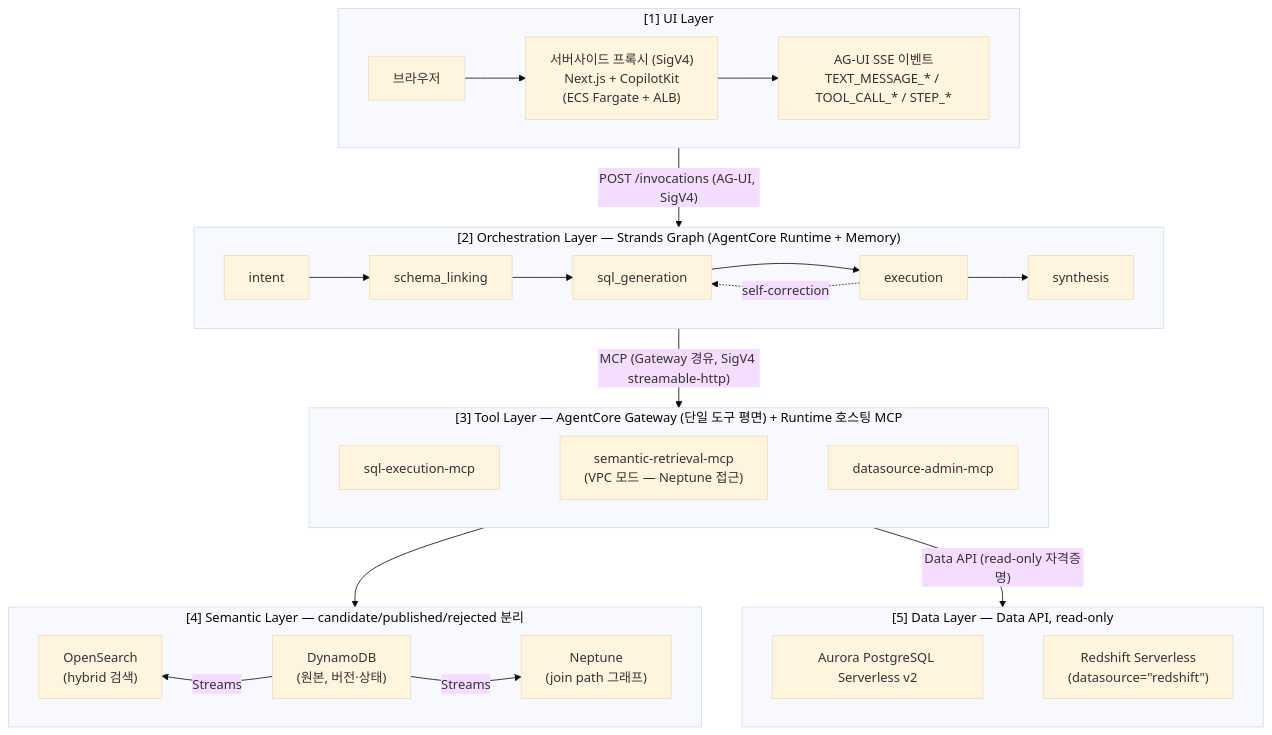
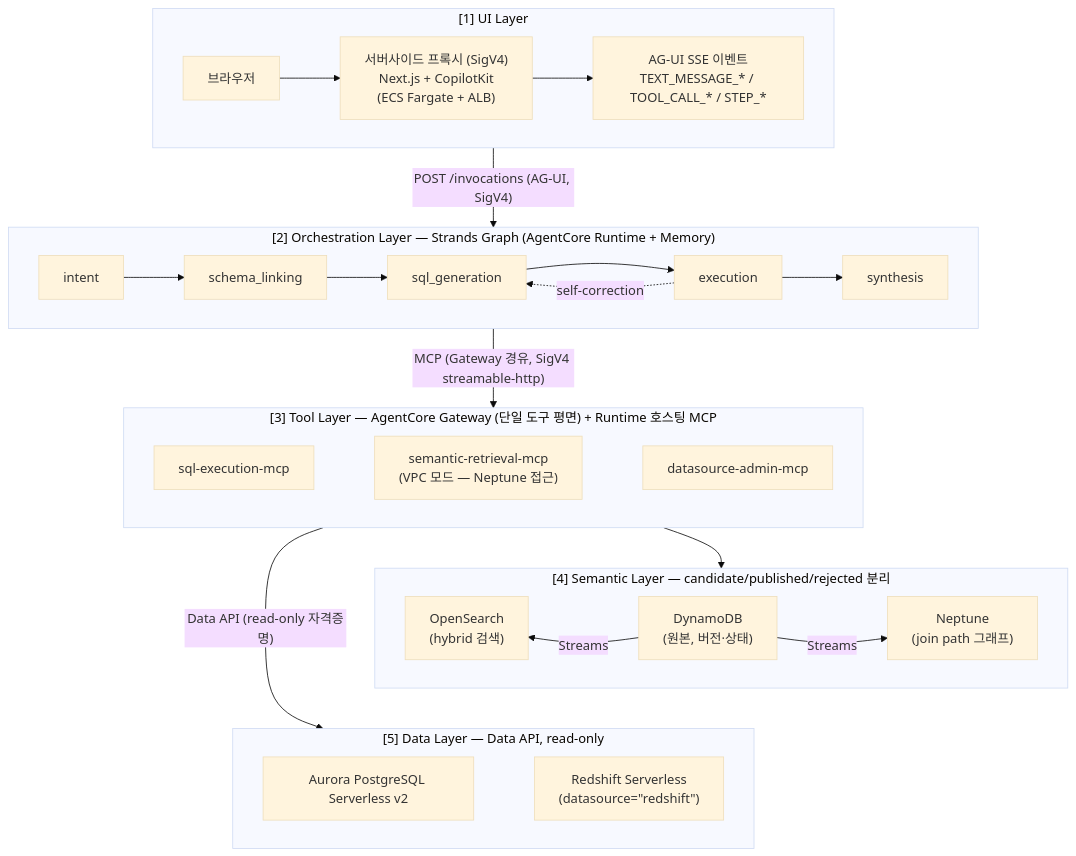
The diagram in projects/agentic-text-to-sql-on-aws/README.md (aws-samples/sample-agentic-ai-acceleration-kr), drawn with Mermaid (base theme) before and after one commit.

Commit message:
docs(agentic-text-to-sql): 5계층 다이어그램에서 Data Layer 를 Semantic Layer 아래로 배치
l4·l5 가 같은 랭크에 나란히 렌더되던 것을 l4 ~~~ l5 보이지 않는 엣지로 랭크를 분리해
1→2→3→4→5 세로 스택으로 정렬 (실제 호출 경로 l3→l5 Data API 엣지는 유지).
렌더 검증: l1 y=0 … l4 y=691 < l5 y=889.

````diff
--- a/projects/agentic-text-to-sql-on-aws/README.md
+++ b/projects/agentic-text-to-sql-on-aws/README.md
@@ -47,38 +47,39 @@
 ```mermaid
 flowchart TB
     subgraph l1["[1] UI Layer"]
         direction LR
         browser["브라우저"] --> proxy["서버사이드 프록시 (SigV4)<br/>Next.js + CopilotKit<br/>(ECS Fargate + ALB)"] --> sse["AG-UI SSE 이벤트<br/>TEXT_MESSAGE_* / TOOL_CALL_* / STEP_*"]
     end
 
     subgraph l2["[2] Orchestration Layer — Strands Graph (AgentCore Runtime + Memory)"]
         direction LR
         intent --> linking["schema_linking"] --> gen["sql_generation"] --> exec["execution"] --> synth["synthesis"]
         exec -. "self-correction" .-> gen
     end
 
     subgraph l3["[3] Tool Layer — AgentCore Gateway (단일 도구 평면) + Runtime 호스팅 MCP"]
         direction LR
         sqlmcp["sql-execution-mcp"] ~~~ semmcp["semantic-retrieval-mcp<br/>(VPC 모드 — Neptune 접근)"] ~~~ adminmcp["datasource-admin-mcp"]
     end
 
     subgraph l4["[4] Semantic Layer — candidate/published/rejected 분리"]
         direction LR
         os["OpenSearch<br/>(hybrid 검색)"]
         ddb["DynamoDB<br/>(원본, 버전·상태)"]
         neptune["Neptune<br/>(join path 그래프)"]
         os ~~~ ddb ~~~ neptune
         ddb -- Streams --> os
         ddb -- Streams --> neptune
     end
 
     subgraph l5["[5] Data Layer — Data API, read-only"]
         direction LR
         aurora["Aurora PostgreSQL Serverless v2"] ~~~ redshift["Redshift Serverless<br/>(datasource=&quot;redshift&quot;)"]
     end
 
     l1 -- "POST /invocations (AG-UI, SigV4)" --> l2
     l2 -- "MCP (Gateway 경유, SigV4 streamable-http)" --> l3
     l3 --> l4
     l3 -- "Data API (read-only 자격증명)" --> l5
+    l4 ~~~ l5
 ```
````
